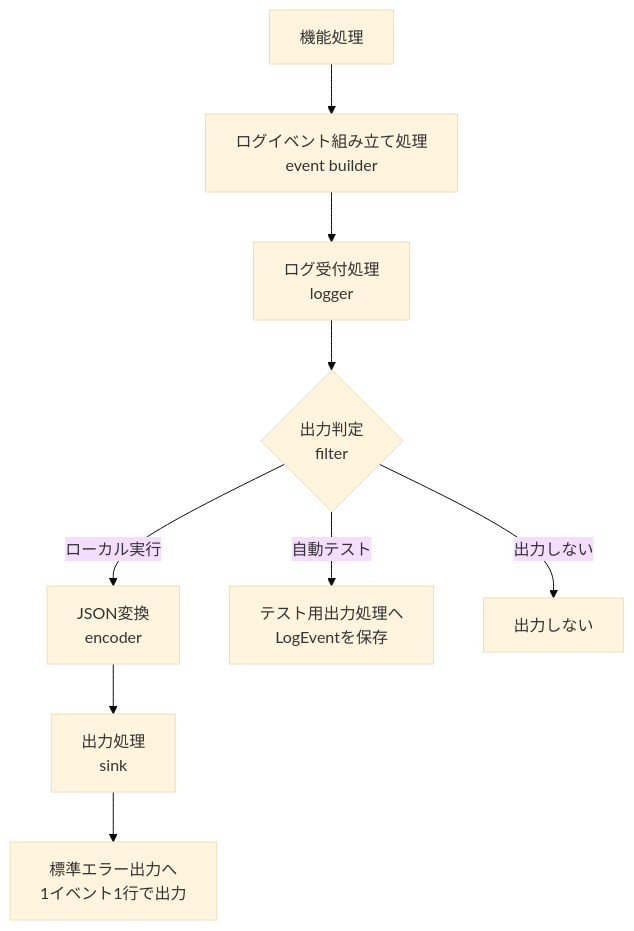
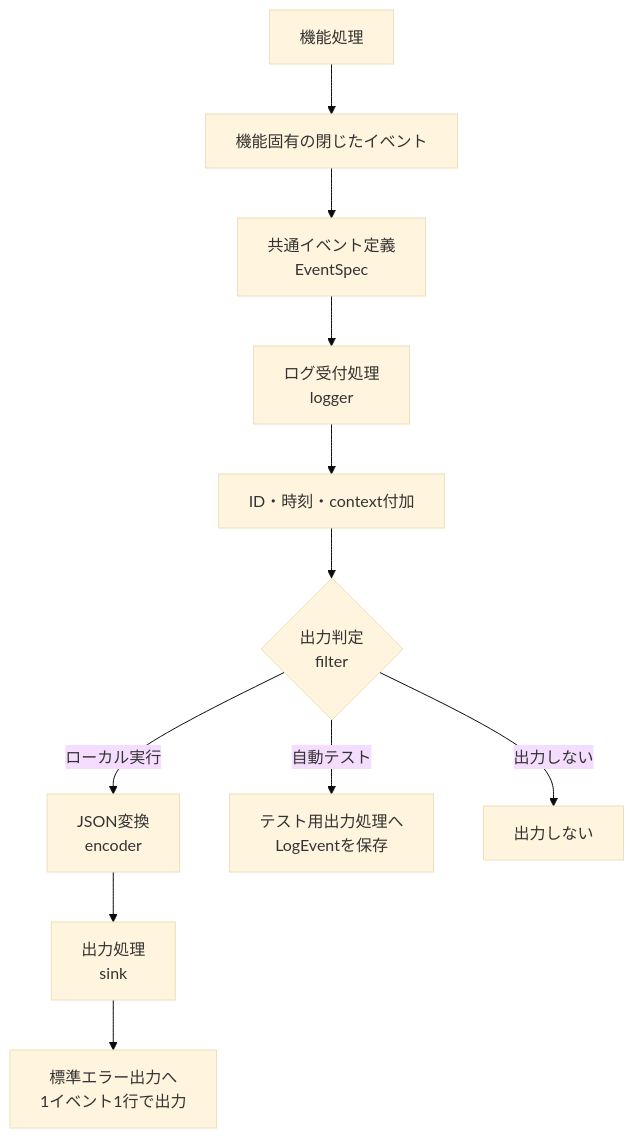
One commit to takashit16833/RAGScope changed the first of 4 diagrams in project-docs/design/構造化ログ設計.md. Above: the diagram before and after it, drawn with Mermaid (base theme). The commit also changed other lines of this file, not shown here.

````diff
--- a/project-docs/design/構造化ログ設計.md
+++ b/project-docs/design/構造化ログ設計.md
@@ -231,17 +240,19 @@
 ```mermaid
 flowchart TD
     Feature["機能処理"]
-    Builder["ログイベント組み立て処理<br>event builder"]
+    FeatureEvent["機能固有の閉じたイベント"]
+    EventSpec["共通イベント定義<br>EventSpec"]
     Logger["ログ受付処理<br>logger"]
+    Complete["ID・時刻・context付加"]
     Filter{"出力判定<br>filter"}
     Encoder["JSON変換<br>encoder"]
     Sink["出力処理<br>sink"]
     Stderr["標準エラー出力へ<br>1イベント1行で出力"]
     TestSink["テスト用出力処理へ<br>LogEventを保存"]
     Drop["出力しない"]
 
-    Feature --> Builder --> Logger --> Filter
+    Feature --> FeatureEvent --> EventSpec --> Logger --> Complete --> Filter
     Filter -->|出力しない| Drop
     Filter -->|ローカル実行| Encoder --> Sink --> Stderr
     Filter -->|自動テスト| TestSink
 ```
````
